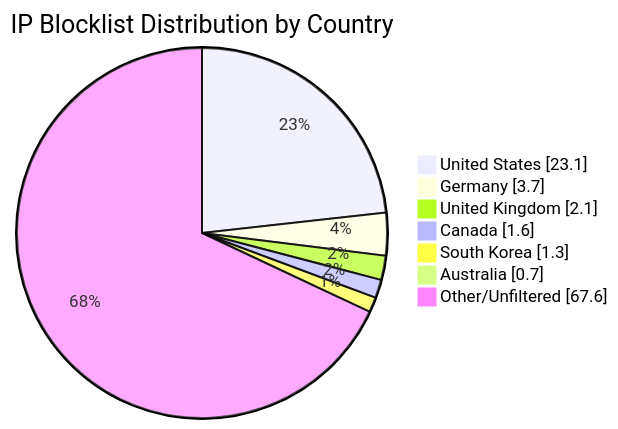
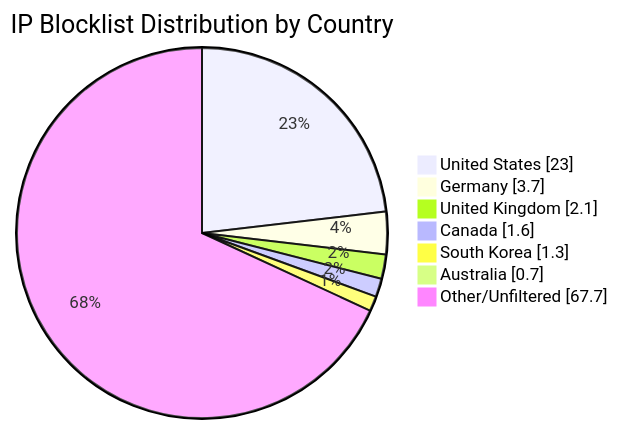
Before and after one commit to MarcusHoltz/ipblocklist-geofiltered-aggregator: the diagram in README.md, drawn with Mermaid. The commit also changed other lines of this file and 9 other files, not shown here.

````diff
--- a/README.md
+++ b/README.md
@@ -34,10 +34,10 @@
 ```mermaid
 pie showData title IP Blocklist Distribution by Country
-"United States" : 23.1
+"United States" : 23.0
 "Germany" : 3.7
 "United Kingdom" : 2.1
 "Canada" : 1.6
 "South Korea" : 1.3
 "Australia" : 0.7
-"Other/Unfiltered" : 67.6
+"Other/Unfiltered" : 67.7
 ```
````
